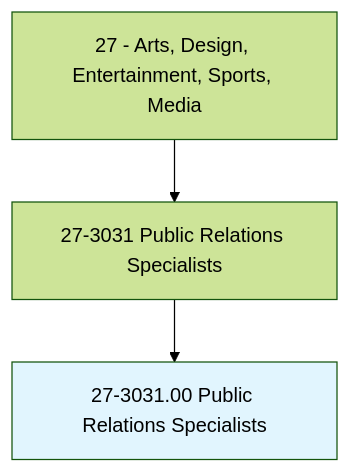
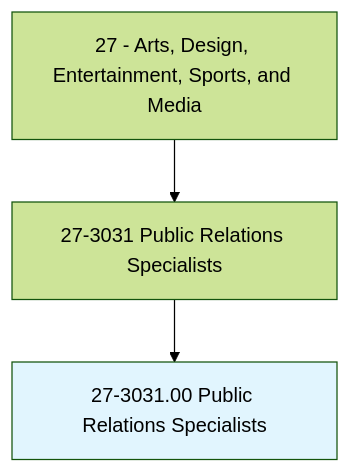
One commit to kziemski/business.org.ai changed the first of 4 diagrams in occupations/ArtsMedia/PublicRelationsSpecialists.mdx. Above: the diagram before and after it, drawn with Mermaid (forest theme). The commit also changed other lines of this file and 938 other files, not shown here.

````diff
--- a/occupations/ArtsMedia/PublicRelationsSpecialists.mdx
+++ b/occupations/ArtsMedia/PublicRelationsSpecialists.mdx
@@ -19,6 +23,6 @@
 ```mermaid
 graph TD
-    Cat27["27 - Arts, Design, Entertainment, Sports, Media"] --> Group273031["27-3031 Public Relations Specialists"]
+    Cat27["27 - Arts, Design, Entertainment, Sports, and Media"] --> Group273031["27-3031 Public Relations Specialists"]
     Group273031 --> Current["27-3031.00 Public Relations Specialists"]
     style Current fill:#e1f5fe
 ```
````
